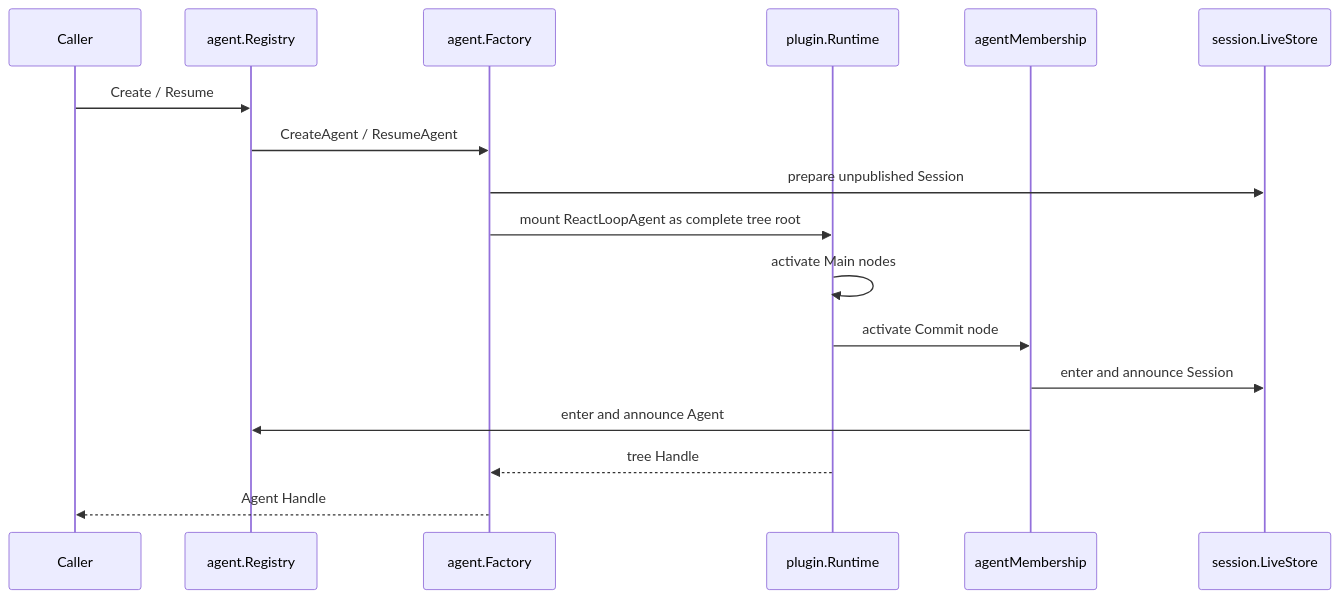
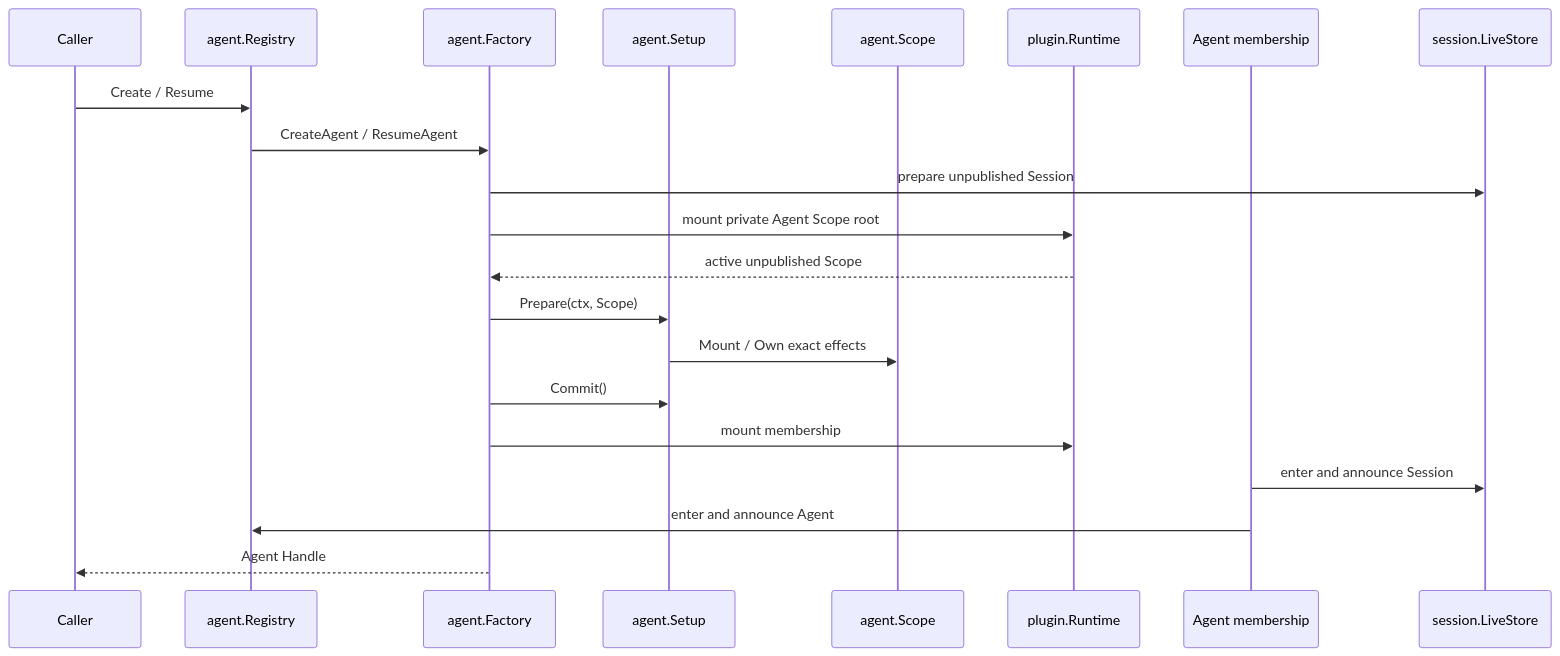
The diagram in agent/README.zh-CN.md (gorenx/goren), drawn with Mermaid before and after one commit. The commit also changed other lines of this file and 6 other files, not shown here.

Commit message:
docs: define agent creation setup boundary

````diff
--- a/agent/README.zh-CN.md
+++ b/agent/README.zh-CN.md
@@ -21,20 +22,24 @@
 ```mermaid
 sequenceDiagram
     participant Caller as Caller
     participant Registry as agent.Registry
     participant Factory as agent.Factory
+    participant Setup as agent.Setup
+    participant Scope as agent.Scope
     participant Runtime as plugin.Runtime
-    participant Membership as agentMembership
+    participant Membership as Agent membership
     participant Session as session.LiveStore
 
     Caller->>Registry: Create / Resume
     Registry->>Factory: CreateAgent / ResumeAgent
     Factory->>Session: prepare unpublished Session
-    Factory->>Runtime: mount ReactLoopAgent as complete tree root
-    Runtime->>Runtime: activate Main nodes
-    Runtime->>Membership: activate Commit node
+    Factory->>Runtime: mount private Agent Scope root
+    Runtime-->>Factory: active unpublished Scope
+    Factory->>Setup: Prepare(ctx, Scope)
+    Setup->>Scope: Mount / Own exact effects
+    Factory->>Setup: Commit()
+    Factory->>Runtime: mount membership
     Membership->>Session: enter and announce Session
     Membership->>Registry: enter and announce Agent
-    Runtime-->>Factory: tree Handle
     Factory-->>Caller: Agent Handle
 ```
````
